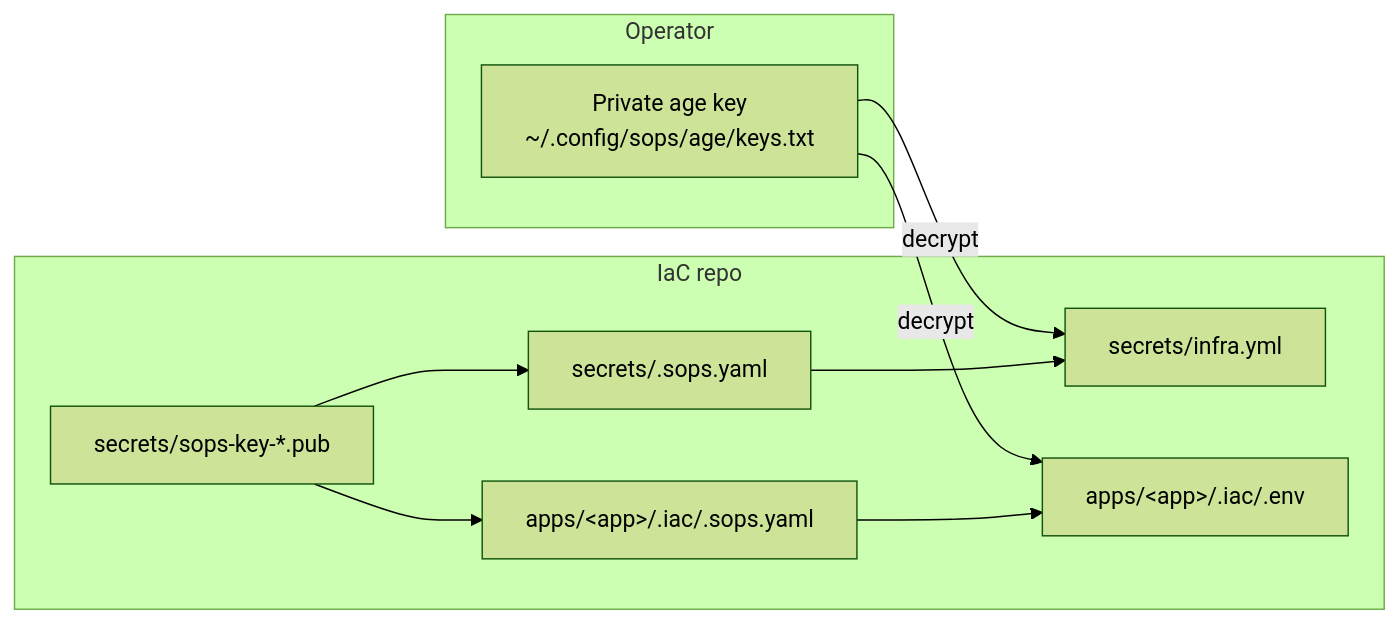
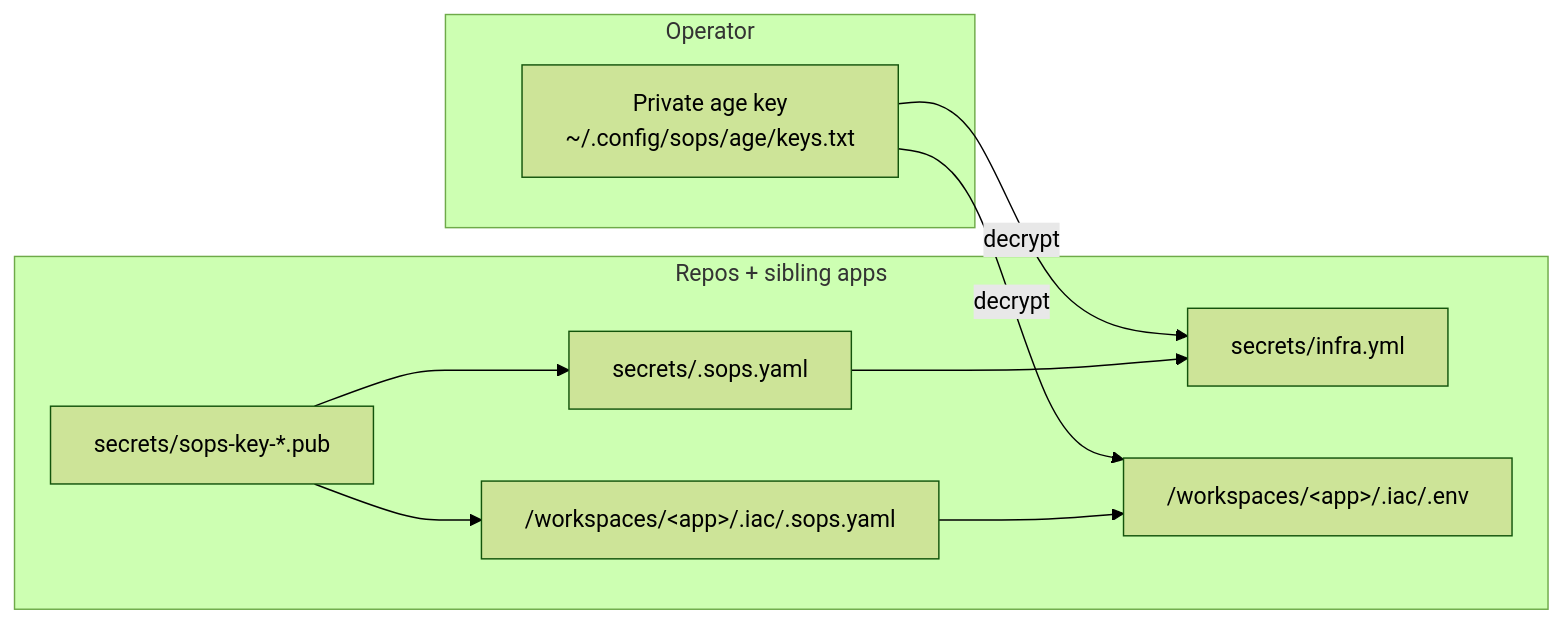
The diagram in docs/secrets.md (rednaw/iac), drawn with Mermaid (forest theme) before and after one commit. The commit also changed other lines of this file and 22 other files, not shown here.

````diff
--- a/docs/secrets.md
+++ b/docs/secrets.md
@@ -14,19 +14,19 @@
 ```mermaid
 flowchart LR
     subgraph OP["Operator"]
         PRIV["Private age key<br/>~/.config/sops/age/keys.txt"]
     end
-    subgraph REPO["IaC repo"]
+    subgraph REPO["Repos + sibling apps"]
         PUBS["secrets/sops-key-*.pub"]
         RULE1["secrets/.sops.yaml"]
-        RULE2["apps/&lt;app&gt;/.iac/.sops.yaml"]
+        RULE2["/workspaces/&lt;app&gt;/.iac/.sops.yaml"]
         INFRA["secrets/infra.yml"]
-        ENV["apps/&lt;app&gt;/.iac/.env"]
+        ENV["/workspaces/&lt;app&gt;/.iac/.env"]
     end
     PRIV -->|decrypt| INFRA
     PRIV -->|decrypt| ENV
     PUBS --> RULE1
     PUBS --> RULE2
     RULE1 --> INFRA
     RULE2 --> ENV
 ```
````
